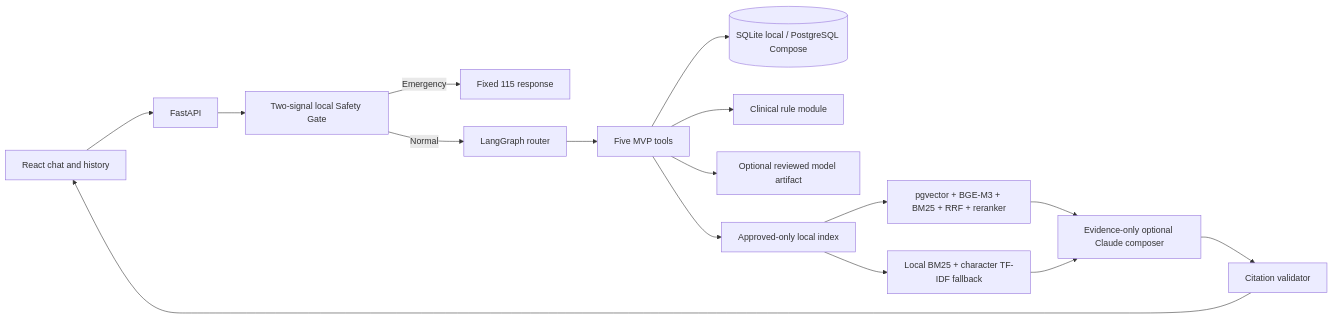
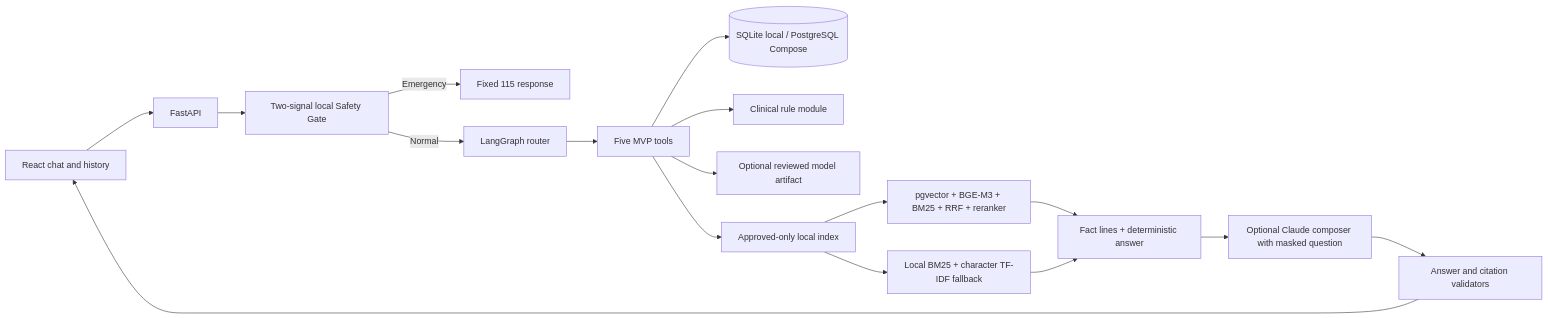
The diagram in docs/ARCHITECTURE.md (Yenvy1612/AIAgent02), drawn with Mermaid before and after one commit. The commit also changed other lines of this file and 4 other files, not shown here.

````diff
--- a/docs/ARCHITECTURE.md
+++ b/docs/ARCHITECTURE.md
@@ -3,18 +3,19 @@
 ```mermaid
 flowchart LR
     UI[React chat and history] --> API[FastAPI]
     API --> Safety[Two-signal local Safety Gate]
     Safety -->|Emergency| Fixed[Fixed 115 response]
     Safety -->|Normal| Graph[LangGraph router]
     Graph --> Tools[Five MVP tools]
     Tools --> DB[(SQLite local / PostgreSQL Compose)]
     Tools --> Rules[Clinical rule module]
     Tools --> Model[Optional reviewed model artifact]
     Tools --> KB[Approved-only local index]
     KB --> Hybrid[pgvector + BGE-M3 + BM25 + RRF + reranker]
     KB --> Local[Local BM25 + character TF-IDF fallback]
-    Hybrid --> Fusion[Evidence-only optional Claude composer]
+    Hybrid --> Fusion[Fact lines + deterministic answer]
     Local --> Fusion
-    Fusion --> Validator[Citation validator]
+    Fusion --> LLM[Optional Claude composer with masked question]
+    LLM --> Validator[Answer and citation validators]
     Validator --> UI
 ```
````
